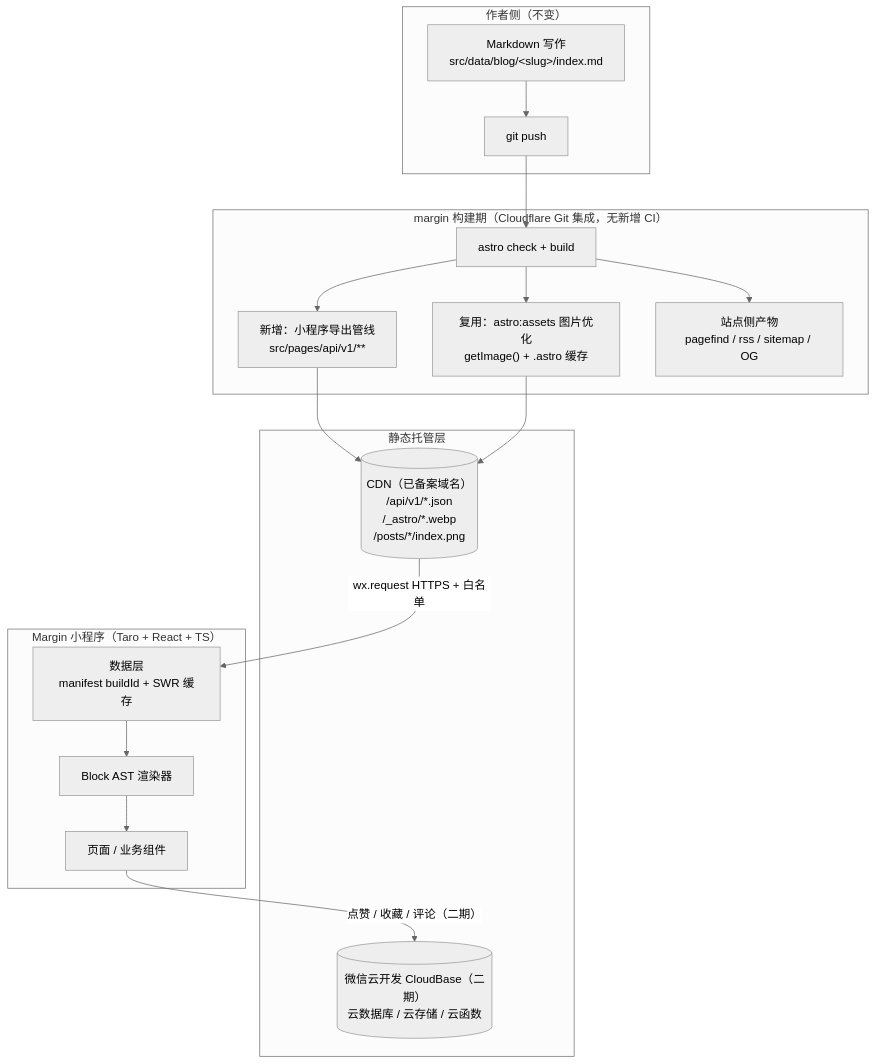
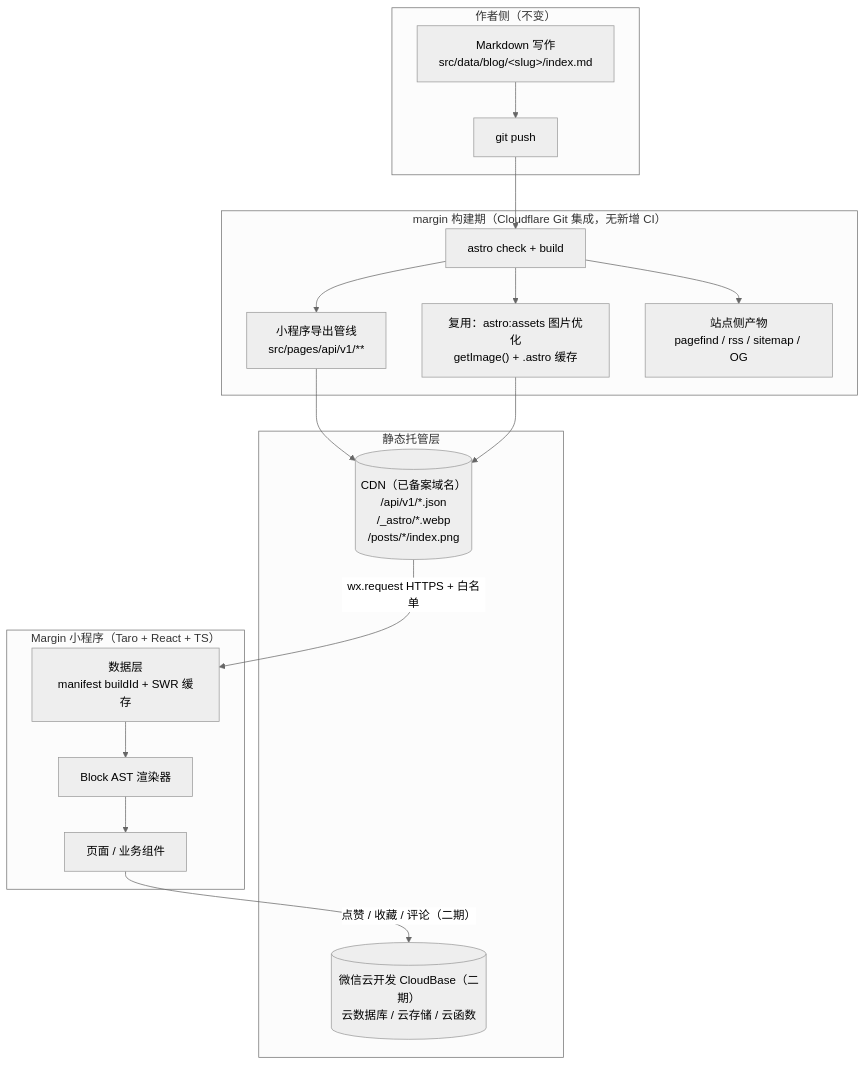
One commit to baiwumm/margin-app changed the diagram in docs/requirements.md. Above: the diagram before and after it, drawn with Mermaid (neutral theme). The commit also changed other lines of this file and 13 other files, not shown here.

````diff
--- a/docs/requirements.md
+++ b/docs/requirements.md
@@ -51,33 +51,33 @@
 ```mermaid
 graph TB
   subgraph A["作者侧（不变）"]
     A1["Markdown 写作<br/>src/data/blog/&lt;slug&gt;/index.md"]
     A2["git push"]
   end
 
   subgraph B["margin 构建期（Cloudflare Git 集成，无新增 CI）"]
     B1["astro check + build"]
-    B2["新增：小程序导出管线<br/>src/pages/api/v1/**"]
+    B2["小程序导出管线<br/>src/pages/api/v1/**"]
     B3["复用：astro:assets 图片优化<br/>getImage() + .astro 缓存"]
     B4["站点侧产物<br/>pagefind / rss / sitemap / OG"]
   end
 
   subgraph C["静态托管层"]
     C1[("CDN（已备案域名）<br/>/api/v1/*.json<br/>/_astro/*.webp<br/>/posts/*/index.png")]
     C2[("微信云开发 CloudBase（二期）<br/>云数据库 / 云存储 / 云函数")]
   end
 
   subgraph D["Margin 小程序（Taro + React + TS）"]
     D1["数据层<br/>manifest buildId + SWR 缓存"]
     D2["Block AST 渲染器"]
     D3["页面 / 业务组件"]
   end
 
   A1 --> A2 --> B1
   B1 --> B2 --> C1
   B1 --> B3 --> C1
   B1 --> B4
   C1 -->|"wx.request HTTPS + 白名单"| D1
   D1 --> D2 --> D3
   D3 -->|"点赞 / 收藏 / 评论（二期）"| C2
 ```
````
